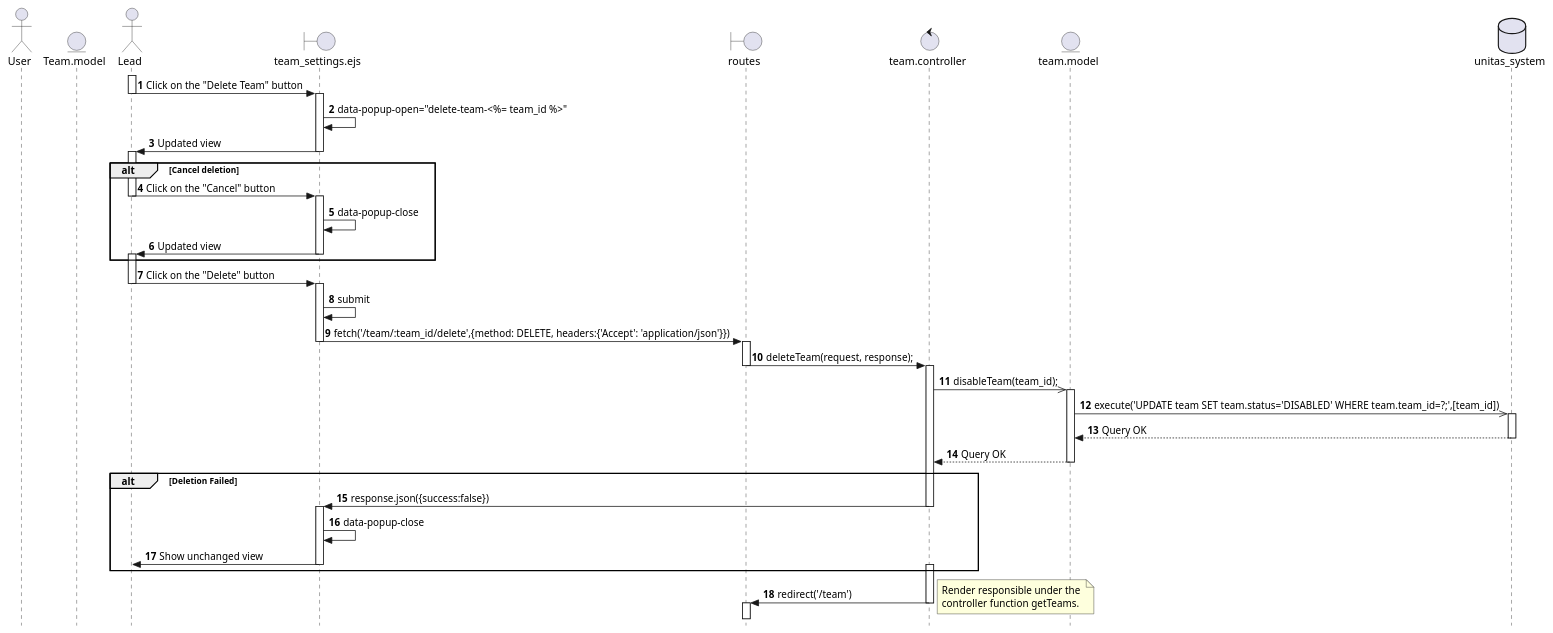
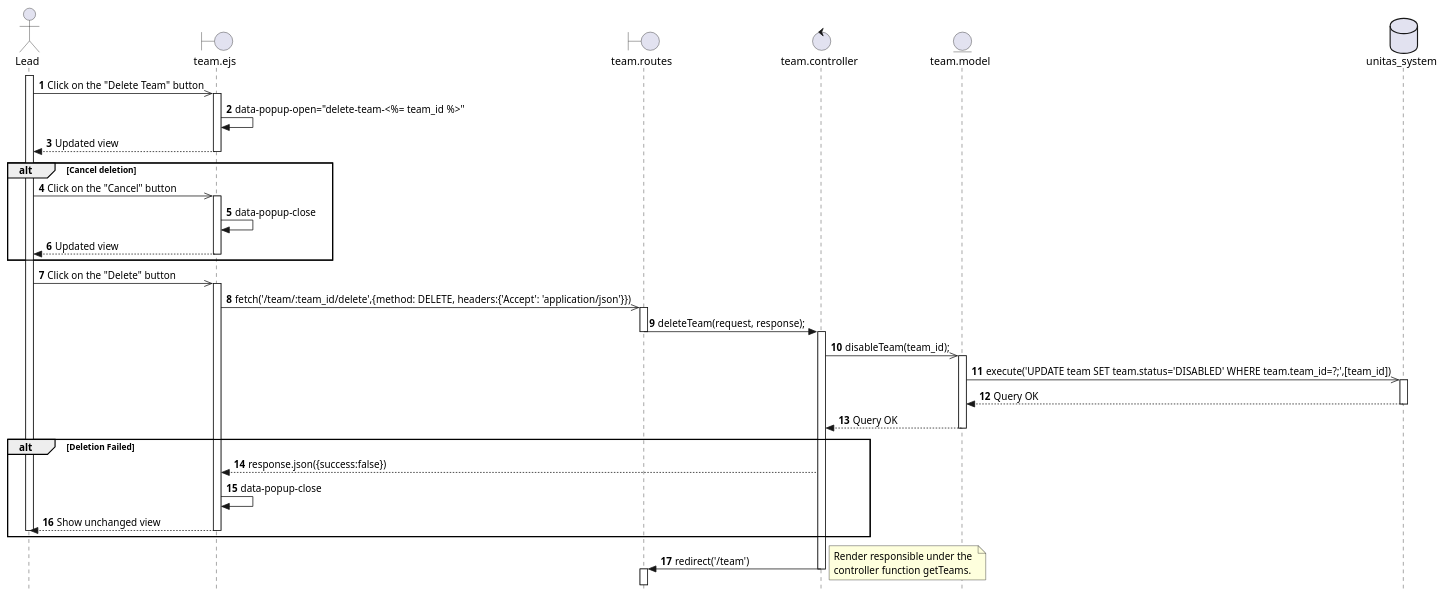
The diagram in documentation/sequence_diagrams/TEAM-03-SD.puml (Berthou05/LimboSoftwareDevelopment_Change.org), drawn with PlantUML before and after one commit. The commit also changed 17 other files, not shown here.

Commit message:
[DOCS]: Update of the Sequence Diagrams ADMIN-02, 03, 04, AUTH-01, EMP-01, EMP-05, HS-01, PROJ-02, 03, 07, 09, 10, 11, 13, TEAM-03, 05, 06

```diff
--- a/documentation/sequence_diagrams/TEAM-03-SD.puml
+++ b/documentation/sequence_diagrams/TEAM-03-SD.puml
@@ -1,84 +1,65 @@
 @startuml
 skinparam style strictuml
-
-actor User as U
-boundary "team_settings.ejs" as V
-boundary "routes" as RO
-control "team.controller" as C
-entity "Team.model" as M
-database "unitas_system" as BD
-
-autonumber
-skinparam Style strictuml
 
 actor Lead as L
 boundary "team.ejs" as V
 boundary "team.routes" as RO
 control "team.controller" as C
 entity "team.model" as T
 database "unitas_system" as BD
 
 autonumber
 
 activate L
-L->V:Click on the "Delete Team" button
-deactivate L
+L->>V:Click on the "Delete Team" button
     activate V
     V->V:data-popup-open="delete-team-<%= team_id %>"
-    V->L:Updated view
+    V-->L:Updated view
     deactivate V
 
 alt Cancel deletion
-activate L
-L->V:Click on the "Cancel" button
-deactivate L
+L->>V:Click on the "Cancel" button
     activate V
     V->V:data-popup-close
-    V->L:Updated view
+    V-->L:Updated view
     deactivate V
-activate L
 end
-L->V:Click on the "Delete" button
-deactivate L
+L->>V:Click on the "Delete" button
     activate V
-    V->V:submit
-    V->RO:fetch('/team/:team_id/delete',{method: DELETE, headers:{'Accept': 'application/json'}})
-    deactivate V
+    V->>RO:fetch('/team/:team_id/delete',{method: DELETE, headers:{'Accept': 'application/json'}})
         activate RO
         RO->C: deleteTeam(request, response);
         deactivate RO
             activate C
             C->>T:disableTeam(team_id);
                 activate T
                 T->>BD:execute('UPDATE team SET team.status='DISABLED' WHERE team.team_id=?;',[team_id])
                     activate BD
                     BD-->T: Query OK
                     deactivate BD
                 T-->C: Query OK
                 deactivate T
 
 alt Deletion Failed
-            C->V:response.json({success:false})
-            deactivate C
-    activate V
+            C-->V:response.json({success:false})
     V->V:data-popup-close
-    V->L:Show unchanged view
+    V-->L:Show unchanged view
     deactivate V
-    activate C
+deactivate L
 end         
 
             C->RO: redirect('/team')
             deactivate C
     activate RO
     note right
         Render responsible under the 
         controller function getTeams.
     end note
     deactivate RO
-            
+    
 
 
             
     
 
 @enduml
```
